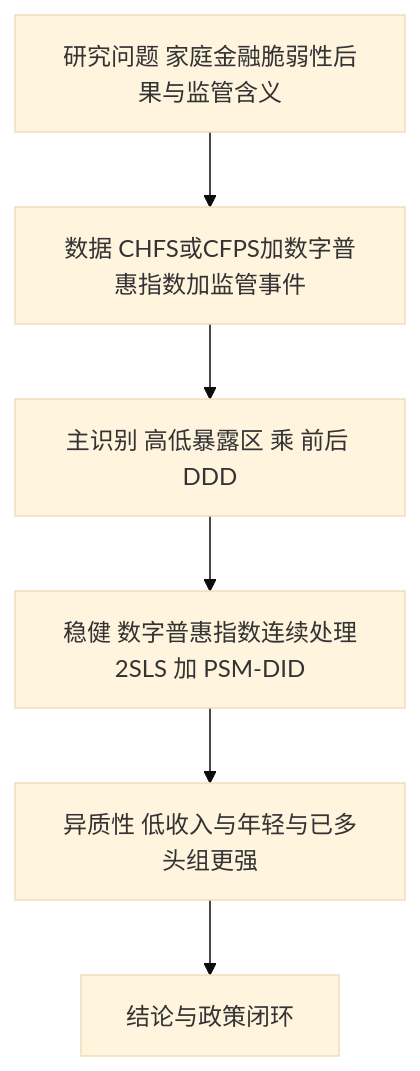
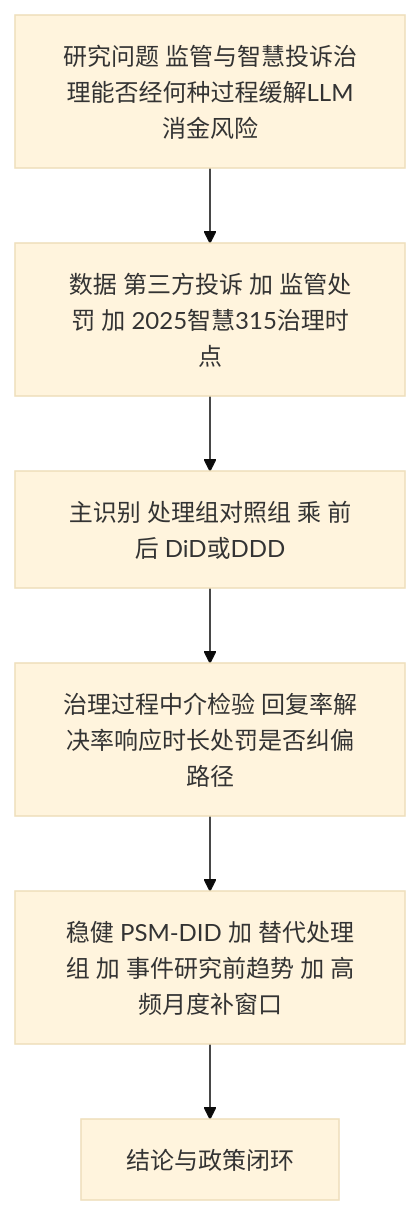
One commit to qliu2318/claude changed the eighth of 8 diagrams in 开题报告_LLM消费信贷_设计稿.md. Above: the diagram before and after it, drawn with Mermaid (base theme). The commit also changed other lines of this file and 2 other files, not shown here.

````diff
--- a/开题报告_LLM消费信贷_设计稿.md
+++ b/开题报告_LLM消费信贷_设计稿.md
@@ -403,8 +408,8 @@
 ```mermaid
 flowchart TB
-  P3[研究问题 家庭金融脆弱性后果与监管含义] --> D3[数据 CHFS或CFPS加数字普惠指数加监管事件]
-  D3 --> M3a[主识别 高低暴露区 乘 前后 DDD]
-  M3a --> Rob3[稳健 数字普惠指数连续处理2SLS 加 PSM-DID]
-  Rob3 --> H3[异质性 低收入与年轻与已多头组更强]
-  H3 --> R3[结论与政策闭环]
+  P3[研究问题 监管与智慧投诉治理能否经何种过程缓解LLM消金风险] --> D3[数据 第三方投诉 加 监管处罚 加 2025智慧315治理时点]
+  D3 --> M3a[主识别 处理组对照组 乘 前后 DiD或DDD]
+  M3a --> MED[治理过程中介检验 回复率解决率响应时长处罚是否纠偏路径]
+  MED --> Rob3[稳健 PSM-DID 加 替代处理组 加 事件研究前趋势 加 高频月度补窗口]
+  Rob3 --> R3[结论与政策闭环]
 ```
````
